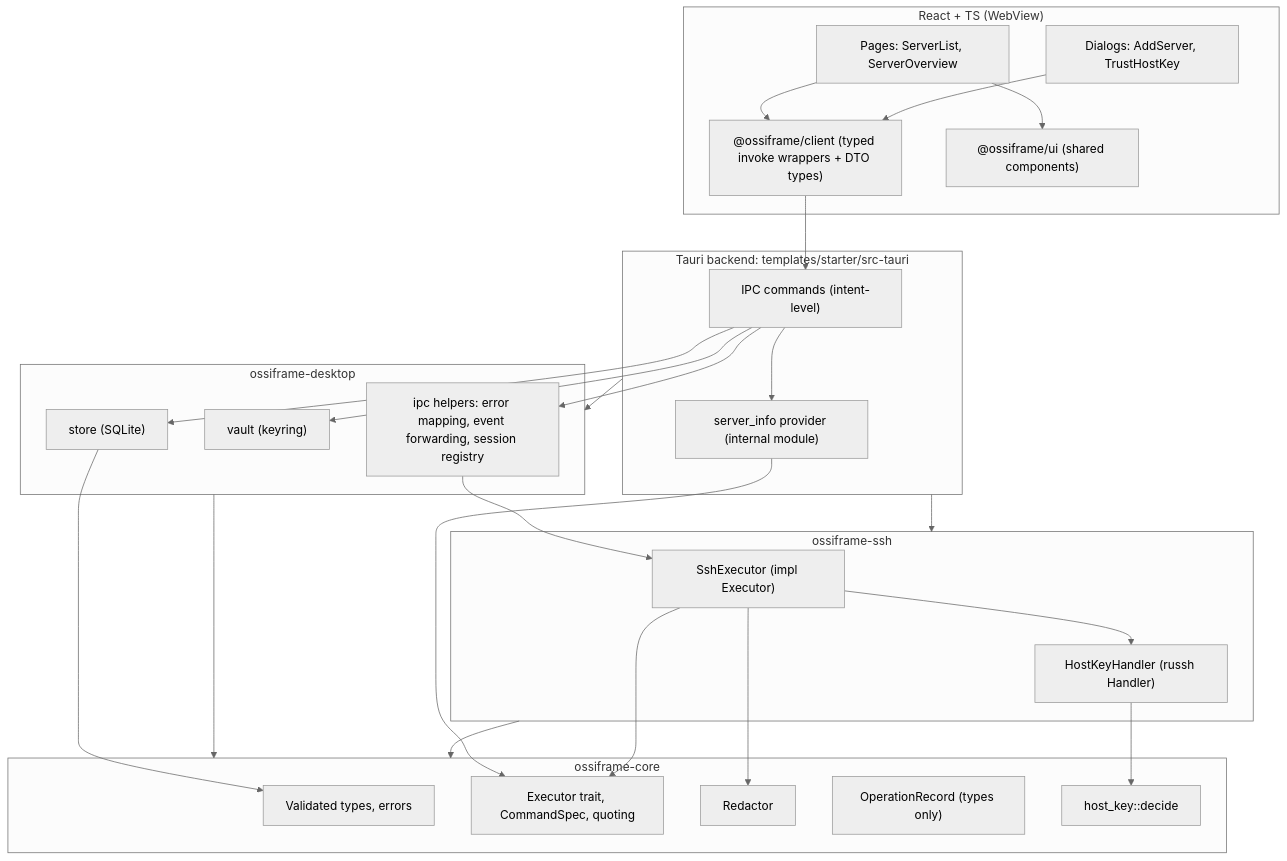
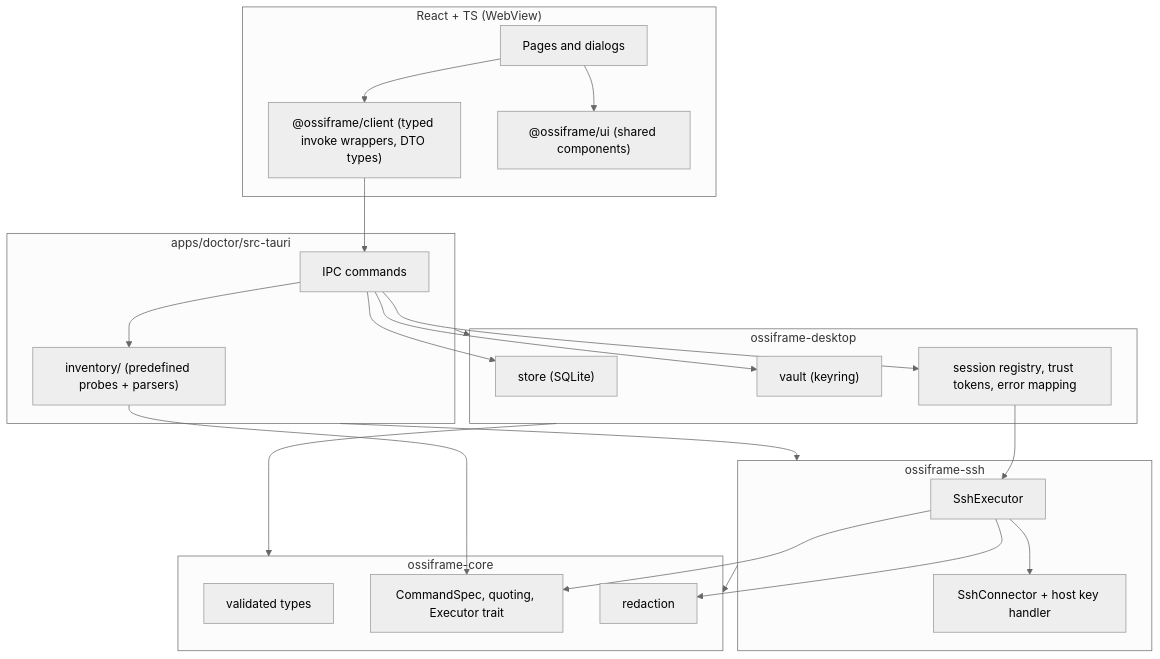
The diagram in .kiro/specs/01-skeleton-foundation/design.md (shojibur/Ossiframe), drawn with Mermaid (neutral theme) before and after one commit. The commit also changed other lines of this file and 89 other files, not shown here.

````diff
--- a/.kiro/specs/01-skeleton-foundation/design.md
+++ b/.kiro/specs/01-skeleton-foundation/design.md
@@ -19,43 +19,36 @@
 ```mermaid
 flowchart TB
   subgraph UI["React + TS (WebView)"]
-    Pages["Pages: ServerList, ServerOverview"]
-    Dialogs["Dialogs: AddServer, TrustHostKey"]
-    Client["@ossiframe/client (typed invoke wrappers + DTO types)"]
+    Pages["Pages and dialogs"]
+    Client["@ossiframe/client (typed invoke wrappers, DTO types)"]
     Kit["@ossiframe/ui (shared components)"]
   end
-  subgraph Tauri["Tauri backend: templates/starter/src-tauri"]
-    Cmds["IPC commands (intent-level)"]
-    Info["server_info provider (internal module)"]
+  subgraph Doctor["apps/doctor/src-tauri"]
+    Cmds["IPC commands"]
+    Inv["inventory/ (predefined probes + parsers)"]
   end
   subgraph Desktop["ossiframe-desktop"]
     Store["store (SQLite)"]
     Vault["vault (keyring)"]
-    Ipc["ipc helpers: error mapping, event forwarding, session registry"]
+    Reg["session registry, trust tokens, error mapping"]
   end
   subgraph SSH["ossiframe-ssh"]
-    Exec["SshExecutor (impl Executor)"]
-    HK["HostKeyHandler (russh Handler)"]
+    Exec["SshExecutor"]
+    Conn["SshConnector + host key handler"]
   end
   subgraph Core["ossiframe-core"]
-    Types["Validated types, errors"]
-    Spec["Executor trait, CommandSpec, quoting"]
-    Red["Redactor"]
-    Ops["OperationRecord (types only)"]
-    Dec["host_key::decide"]
+    Types["validated types"]
+    Spec["CommandSpec, quoting, Executor trait"]
+    Red["redaction"]
   end
   Pages --> Client --> Cmds
-  Dialogs --> Client
   Pages --> Kit
-  Cmds --> Info
-  Cmds --> Store & Vault & Ipc
-  Info --> Spec
-  Ipc --> Exec
-  Exec --> HK
-  HK --> Dec
+  Cmds --> Inv & Store & Vault & Reg
+  Reg --> Exec
+  Inv --> Spec
+  Exec --> Conn
   Exec --> Spec & Red
-  Store --> Types
+  Doctor --> Desktop & SSH
   Desktop --> Core
   SSH --> Core
-  Tauri --> Desktop & SSH
 ```
````
